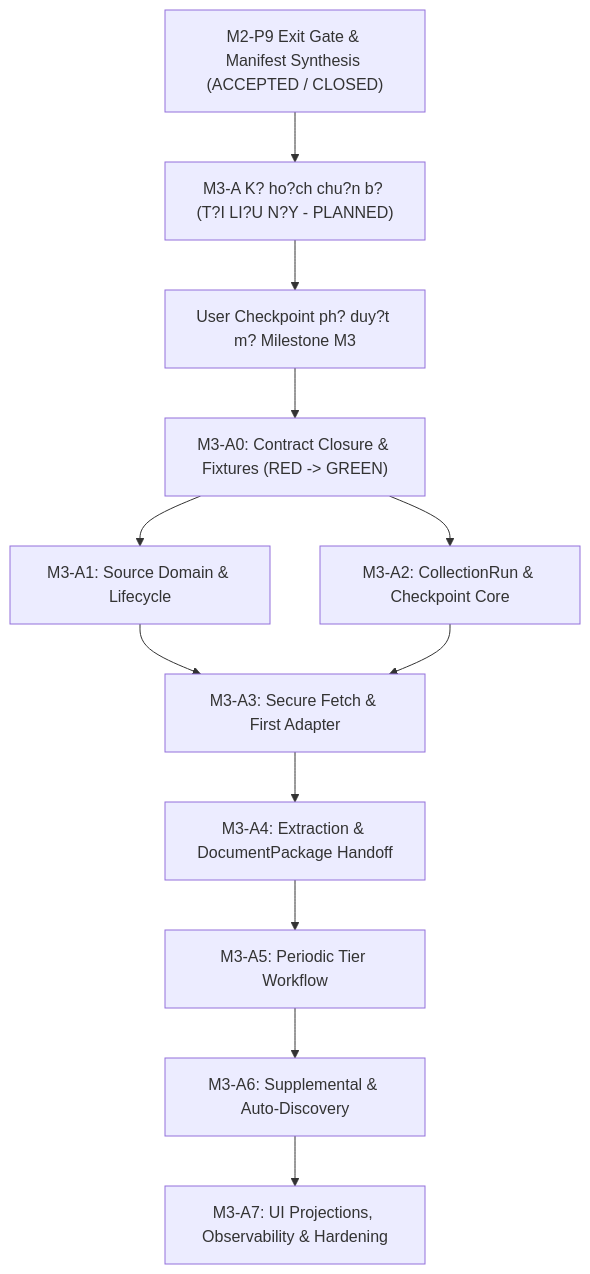
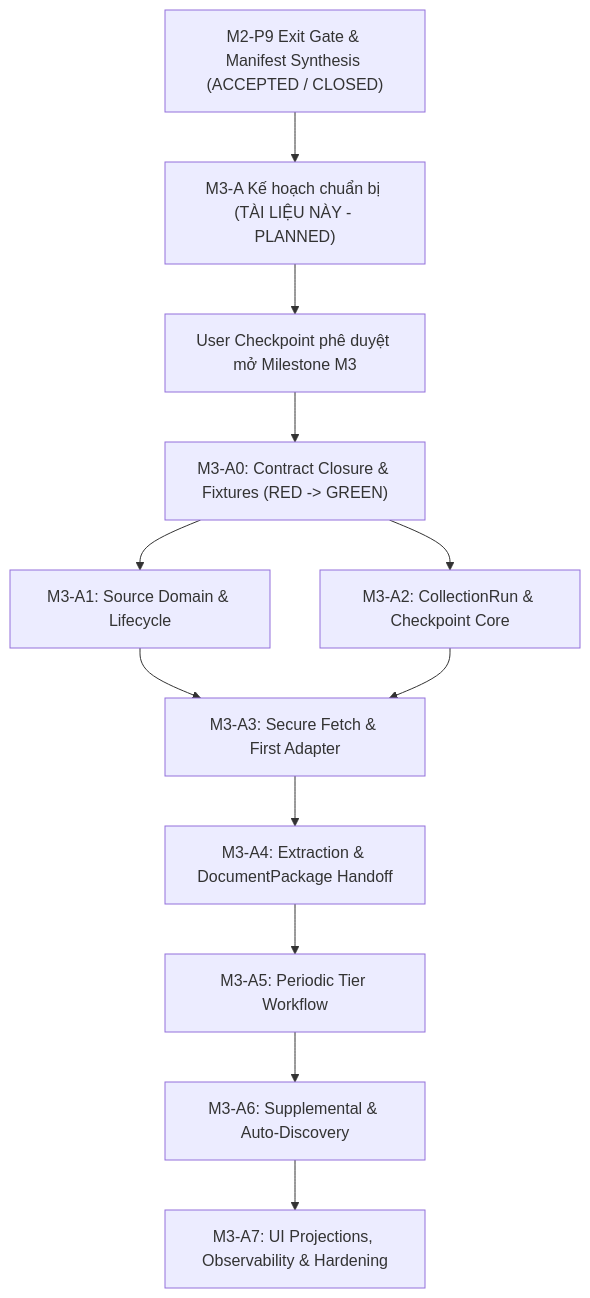
Before and after one commit to trungqwe/AI-Auto-Video-Creator: the diagram in docs/parallel-delivery/M3-A-execution-package.md, drawn with Mermaid. The commit also changed other lines of this file and 2 other files, not shown here.

````diff
--- a/docs/parallel-delivery/M3-A-execution-package.md
+++ b/docs/parallel-delivery/M3-A-execution-package.md
@@ -41,14 +41,14 @@
 ```mermaid
 graph TD
-    M2P9["M2-P9 Exit Gate & Manifest Synthesis (ACCEPTED / CLOSED)"] --> M3A_PREP["M3-A K? ho?ch chu?n b? (T?I LI?U N?Y - PLANNED)"]
-    M3A_PREP --> USER_CKPT["User Checkpoint ph? duy?t m? Milestone M3"]
+    M2P9["M2-P9 Exit Gate & Manifest Synthesis (ACCEPTED / CLOSED)"] --> M3A_PREP["M3-A Kế hoạch chuẩn bị (TÀI LIỆU NÀY - PLANNED)"]
+    M3A_PREP --> USER_CKPT["User Checkpoint phê duyệt mở Milestone M3"]
     USER_CKPT --> M3_A0["M3-A0: Contract Closure & Fixtures (RED -> GREEN)"]
     M3_A0 --> M3_A1["M3-A1: Source Domain & Lifecycle"]
     M3_A0 --> M3_A2["M3-A2: CollectionRun & Checkpoint Core"]
     M3_A1 --> M3_A3["M3-A3: Secure Fetch & First Adapter"]
     M3_A2 --> M3_A3
     M3_A3 --> M3_A4["M3-A4: Extraction & DocumentPackage Handoff"]
     M3_A4 --> M3_A5["M3-A5: Periodic Tier Workflow"]
     M3_A5 --> M3_A6["M3-A6: Supplemental & Auto-Discovery"]
     M3_A6 --> M3_A7["M3-A7: UI Projections, Observability & Hardening"]
 ```
````
